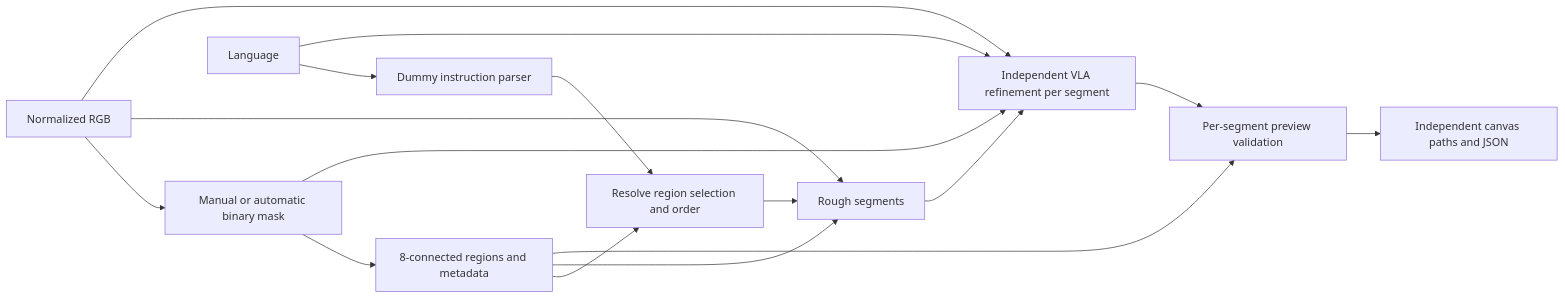
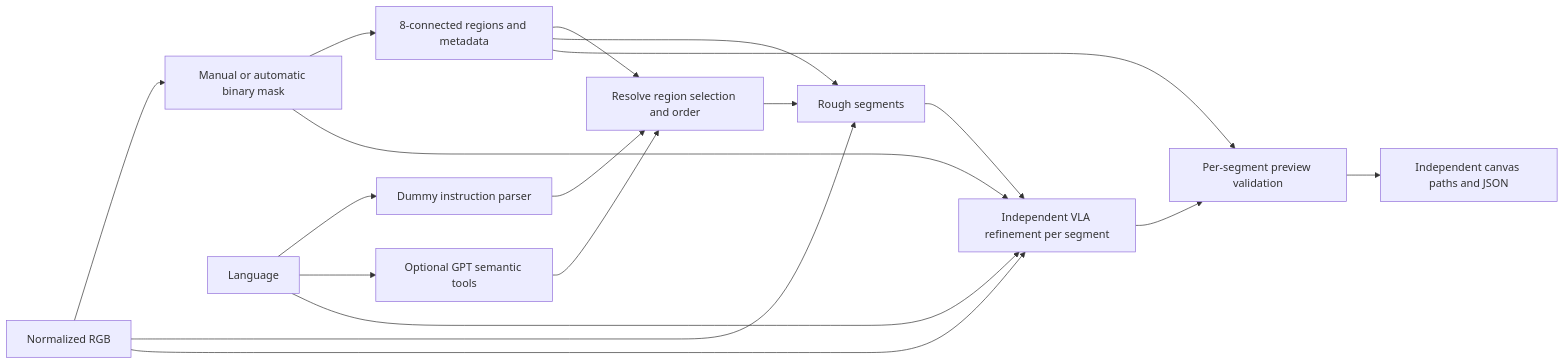
The first of 2 diagrams in docs/architecture.md (hong0002/Welding-Agent), drawn with Mermaid before and after one commit. The commit also changed other lines of this file and 38 other files, not shown here.

````diff
--- a/docs/architecture.md
+++ b/docs/architecture.md
@@ -15,18 +15,20 @@
 ```mermaid
 flowchart LR
   S[Normalized RGB] --> M[Manual or automatic binary mask]
   M --> C[8-connected regions and metadata]
   L[Language] --> I[Dummy instruction parser]
+  L --> A[Optional GPT semantic tools]
+  A --> R
   C --> R[Resolve region selection and order]
   I --> R
   R --> P[Rough segments]
   S --> P
   C --> P
   P --> V[Independent VLA refinement per segment]
   S --> V
   M --> V
   L --> V
   V --> G[Per-segment preview validation]
   C --> G
   G --> U[Independent canvas paths and JSON]
 ```
````
